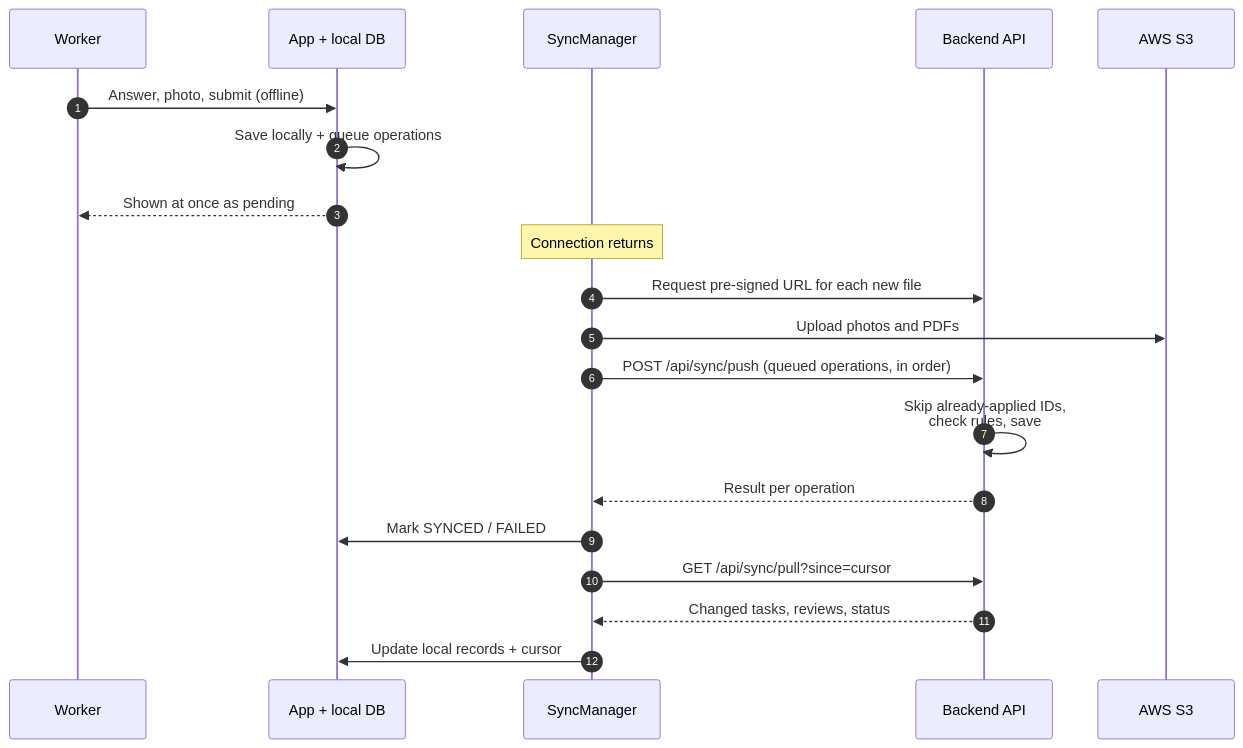
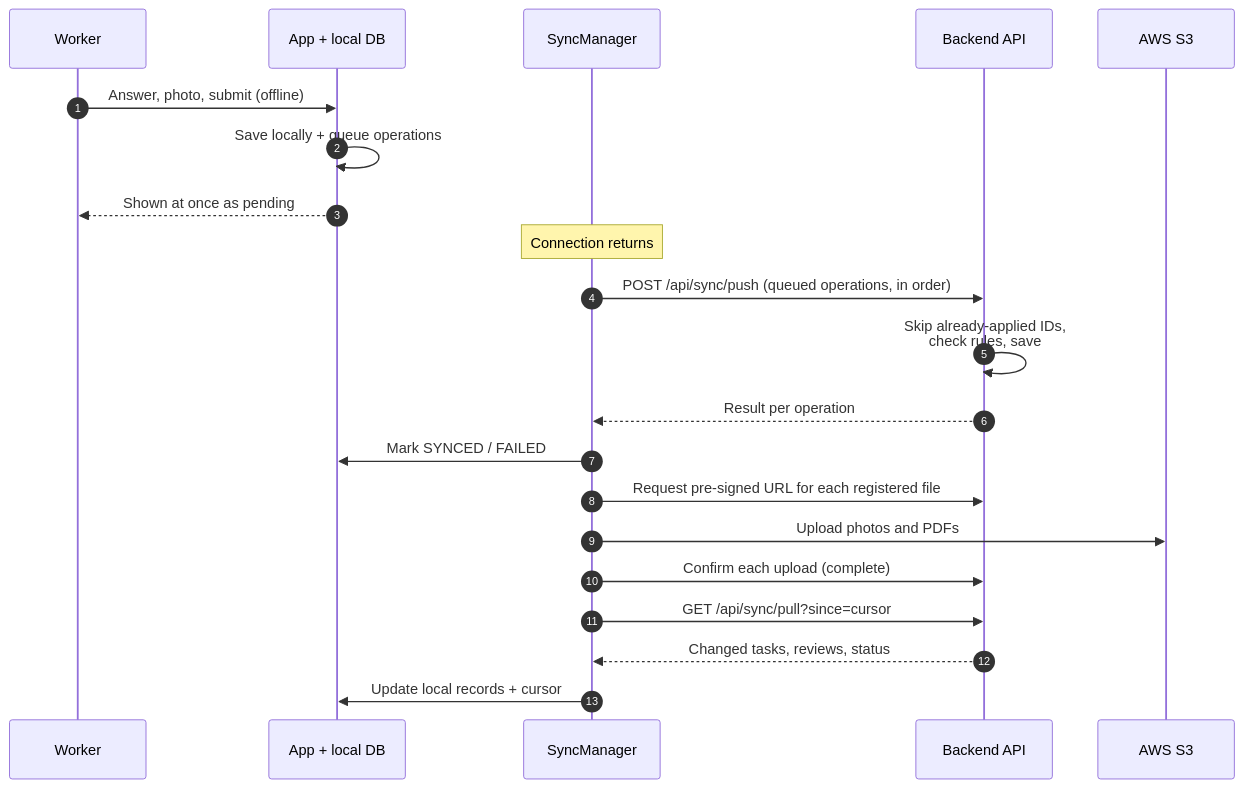
The sixth of 6 diagrams in docs/architecture.md (RezwanAhmed/taskInspect), drawn with Mermaid before and after one commit. The commit also changed other lines of this file and 10 other files, not shown here.

````diff
--- a/docs/architecture.md
+++ b/docs/architecture.md
@@ -582,23 +582,24 @@
 ```mermaid
 sequenceDiagram
     autonumber
     participant W as Worker
     participant App as App + local DB
     participant SM as SyncManager
     participant API as Backend API
     participant S3 as AWS S3
 
     W->>App: Answer, photo, submit (offline)
     App->>App: Save locally + queue operations
     App-->>W: Shown at once as pending
     Note over SM: Connection returns
-    SM->>API: Request pre-signed URL for each new file
-    SM->>S3: Upload photos and PDFs
     SM->>API: POST /api/sync/push (queued operations, in order)
     API->>API: Skip already-applied IDs,<br/>check rules, save
     API-->>SM: Result per operation
     SM->>App: Mark SYNCED / FAILED
+    SM->>API: Request pre-signed URL for each registered file
+    SM->>S3: Upload photos and PDFs
+    SM->>API: Confirm each upload (complete)
     SM->>API: GET /api/sync/pull?since=cursor
     API-->>SM: Changed tasks, reviews, status
     SM->>App: Update local records + cursor
 ```
````
